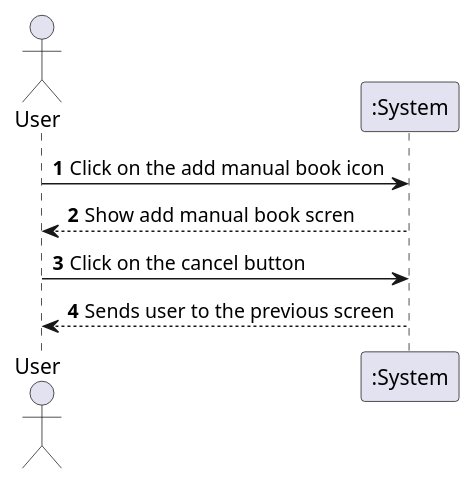
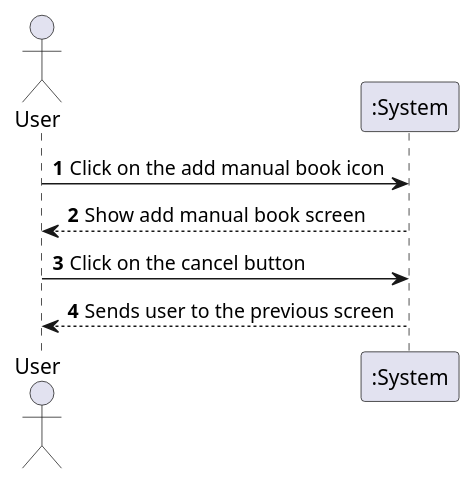
Before and after one commit to VitorHTeixeira/DSSMV_ProjectDroid_1232067_1241131_1241008: the diagram in UMLs/SSDs/uml/UCMBS_UCSSD/UCMBS6_UCSSD.puml, drawn with PlantUML. The commit also changed 119 other files, not shown here.

First line of the commit message:
Docs: Adição e atualização de diagramas UML e de sequência

```diff
--- a/UMLs/SSDs/uml/UCMBS_UCSSD/UCMBS6_UCSSD.puml
+++ b/UMLs/SSDs/uml/UCMBS_UCSSD/UCMBS6_UCSSD.puml
@@ -1,17 +1,17 @@
 @startuml
 'https://plantuml.com/sequence-diagram
 
 autonumber
 
 autonumber
 
 actor "User" as user
 participant ":System" as sys
 
 user -> sys: Click on the add manual book icon
-user <-- sys: Show add manual book scren
+user <-- sys: Show add manual book screen
 
 user -> sys: Click on the cancel button
 user <-- sys : Sends user to the previous screen
 
 @enduml
```
